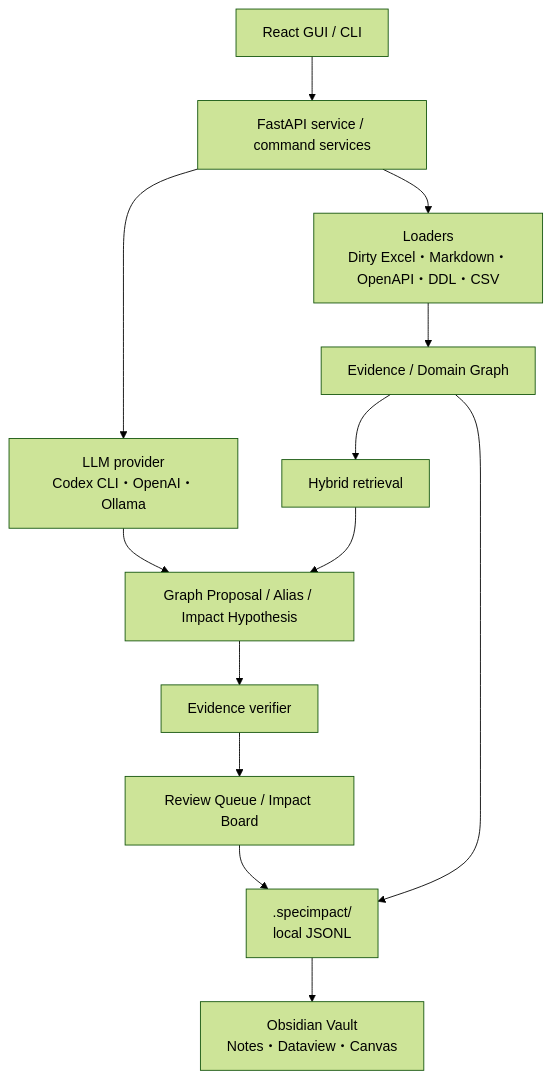
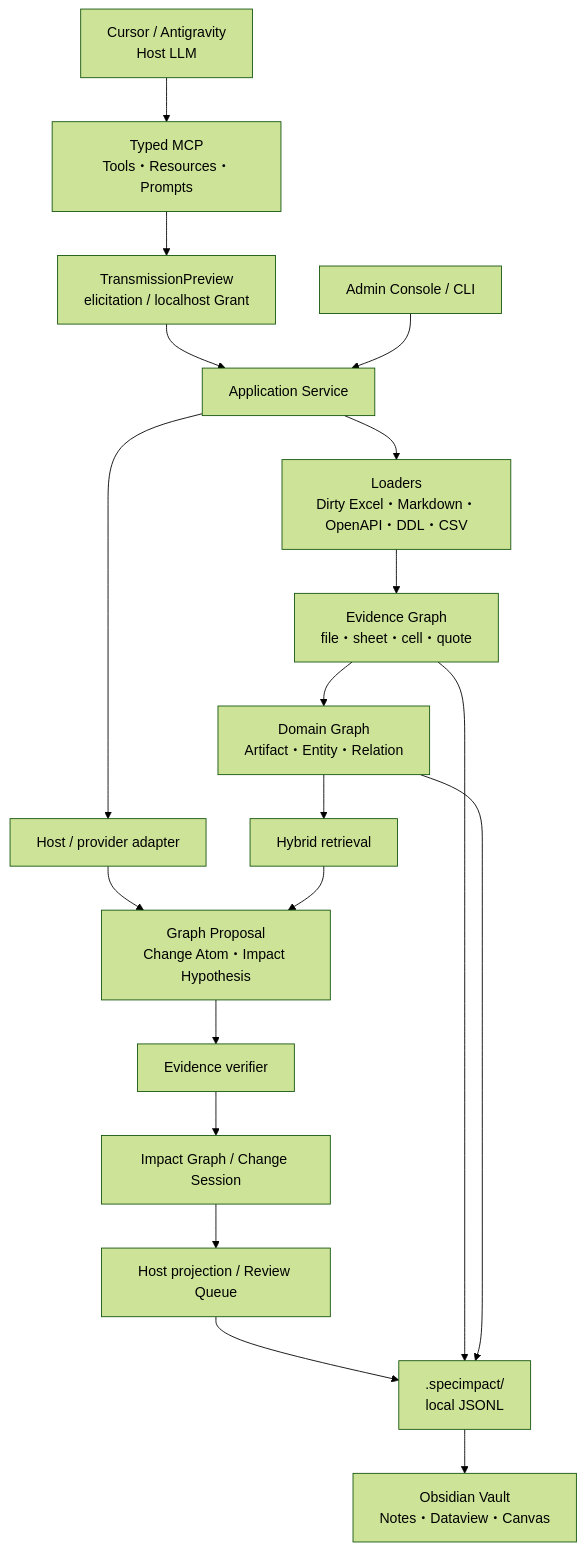
The second of 2 diagrams in README.md (kanan6377/SpecImpact), drawn with Mermaid (forest theme) before and after one commit. The commit also changed other lines of this file and 109 other files, not shown here.

Commit message:
feat: add Agent Host MCP integrations

````diff
--- a/README.md
+++ b/README.md
@@ -143,15 +187,21 @@
 ```mermaid
 flowchart TB
-    UI["React GUI / CLI"] --> API["FastAPI service / command services"]
-    API --> INGEST["Loaders<br/>Dirty Excel・Markdown・OpenAPI・DDL・CSV"]
-    INGEST --> GRAPH["Evidence / Domain Graph"]
-    API --> LLM["LLM provider<br/>Codex CLI・OpenAI・Ollama"]
-    LLM --> PROPOSAL["Graph Proposal / Alias / Impact Hypothesis"]
-    GRAPH --> RETRIEVAL["Hybrid retrieval"]
+    HOST["Cursor / Antigravity<br/>Host LLM"] --> MCP["Typed MCP<br/>Tools・Resources・Prompts"]
+    MCP --> PREVIEW["TransmissionPreview<br/>elicitation / localhost Grant"]
+    PREVIEW --> APP["Application Service"]
+    UI["Admin Console / CLI"] --> APP
+    APP --> INGEST["Loaders<br/>Dirty Excel・Markdown・OpenAPI・DDL・CSV"]
+    INGEST --> EGRAPH["Evidence Graph<br/>file・sheet・cell・quote"]
+    EGRAPH --> DGRAPH["Domain Graph<br/>Artifact・Entity・Relation"]
+    APP --> LLM["Host / provider adapter"]
+    LLM --> PROPOSAL["Graph Proposal<br/>Change Atom・Impact Hypothesis"]
+    DGRAPH --> RETRIEVAL["Hybrid retrieval"]
     RETRIEVAL --> PROPOSAL
     PROPOSAL --> VERIFY["Evidence verifier"]
-    VERIFY --> REVIEW["Review Queue / Impact Board"]
+    VERIFY --> IGRAPH["Impact Graph / Change Session"]
+    IGRAPH --> REVIEW["Host projection / Review Queue"]
     REVIEW --> STORE[".specimpact/<br/>local JSONL"]
-    GRAPH --> STORE
+    EGRAPH --> STORE
+    DGRAPH --> STORE
     STORE --> OBSIDIAN["Obsidian Vault<br/>Notes・Dataview・Canvas"]
 ```
````
